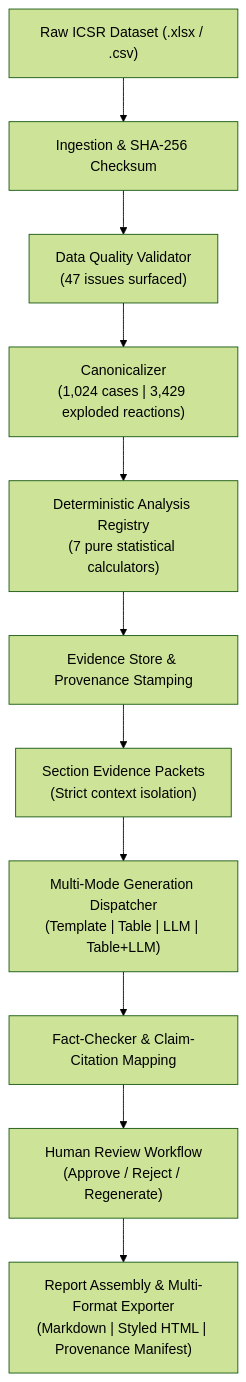
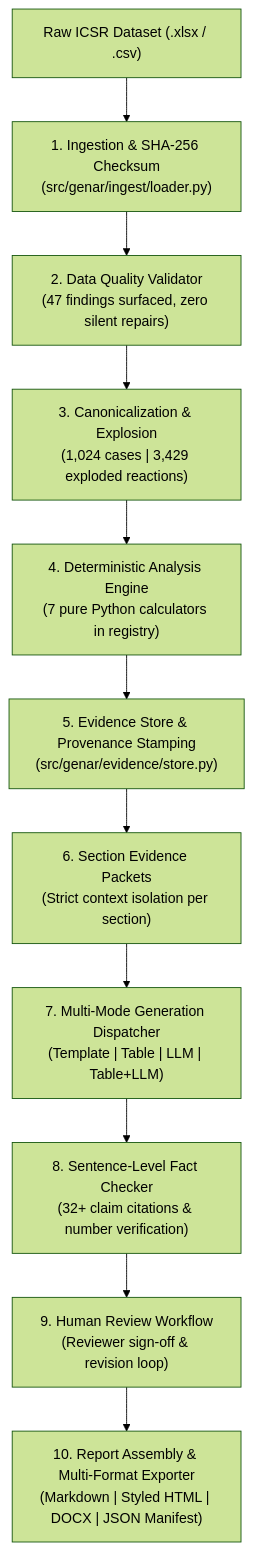
Before and after one commit to pvnvik/GenAR-Automated-Pharmacovigilance-Engine: the diagram in README.md, drawn with Mermaid (forest theme). The commit also changed other lines of this file and 1 other file, not shown here.

Commit message:
updated readme and architecture png

````diff
--- a/README.md
+++ b/README.md
@@ -18,13 +58,13 @@
 ```mermaid
 flowchart TD
-    A["Raw ICSR Dataset (.xlsx / .csv)"] --> B["Ingestion & SHA-256 Checksum"]
-    B --> C["Data Quality Validator\n(47 issues surfaced)"]
-    C --> D["Canonicalizer\n(1,024 cases | 3,429 exploded reactions)"]
-    D --> E["Deterministic Analysis Registry\n(7 pure statistical calculators)"]
-    E --> F["Evidence Store & Provenance Stamping"]
-    F --> G["Section Evidence Packets\n(Strict context isolation)"]
-    G --> H["Multi-Mode Generation Dispatcher\n(Template | Table | LLM | Table+LLM)"]
-    H --> I["Fact-Checker & Claim-Citation Mapping"]
-    I --> J["Human Review Workflow\n(Approve / Reject / Regenerate)"]
-    J --> K["Report Assembly & Multi-Format Exporter\n(Markdown | Styled HTML | Provenance Manifest)"]
+    A["Raw ICSR Dataset (.xlsx / .csv)"] --> B["1. Ingestion & SHA-256 Checksum\n(src/genar/ingest/loader.py)"]
+    B --> C["2. Data Quality Validator\n(47 findings surfaced, zero silent repairs)"]
+    C --> D["3. Canonicalization & Explosion\n(1,024 cases | 3,429 exploded reactions)"]
+    D --> E["4. Deterministic Analysis Engine\n(7 pure Python calculators in registry)"]
+    E --> F["5. Evidence Store & Provenance Stamping\n(src/genar/evidence/store.py)"]
+    F --> G["6. Section Evidence Packets\n(Strict context isolation per section)"]
+    G --> H["7. Multi-Mode Generation Dispatcher\n(Template | Table | LLM | Table+LLM)"]
+    H --> I["8. Sentence-Level Fact Checker\n(32+ claim citations & number verification)"]
+    I --> J["9. Human Review Workflow\n(Reviewer sign-off & revision loop)"]
+    J --> K["10. Report Assembly & Multi-Format Exporter\n(Markdown | Styled HTML | DOCX | JSON Manifest)"]
 ```
````
